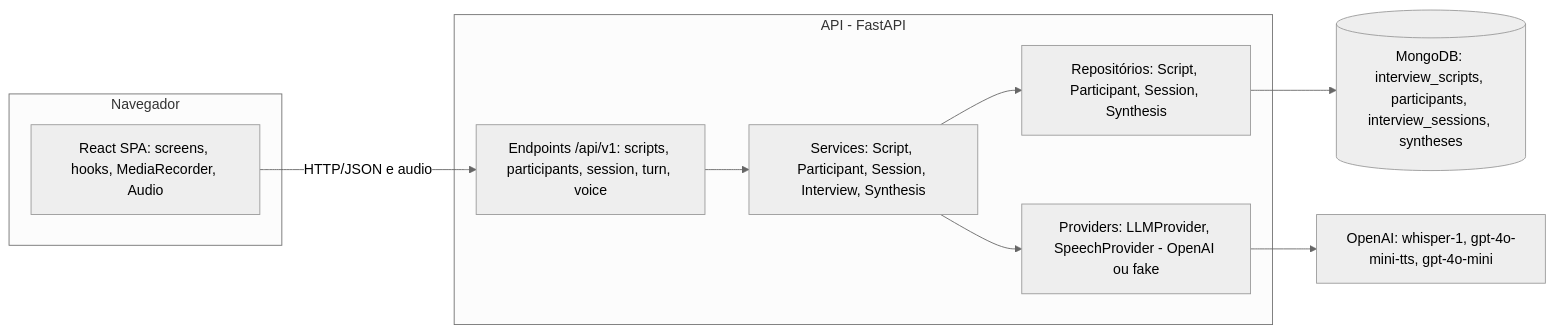
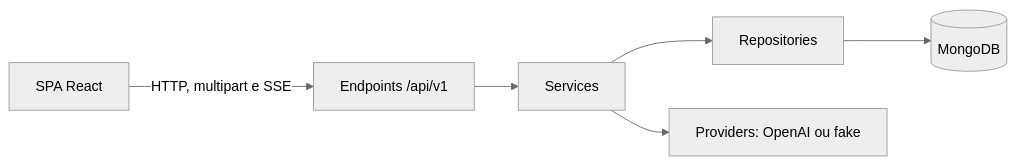
The diagram in README.md (joaopaulotr/AEP-ESOFT6SA), drawn with Mermaid (neutral theme) before and after one commit. The commit also changed other lines of this file and 5 other files, not shown here.

````diff
--- a/README.md
+++ b/README.md
@@ -73,21 +81,8 @@
 ```mermaid
 flowchart LR
-    subgraph Navegador
-        UI[React SPA: screens, hooks, MediaRecorder, Audio]
-    end
-    subgraph API_FastAPI[API - FastAPI]
-        EP[Endpoints /api/v1: scripts, participants, session, turn, voice]
-        SV[Services: Script, Participant, Session, Interview, Synthesis]
-        PV[Providers: LLMProvider, SpeechProvider - OpenAI ou fake]
-        RP[Repositórios: Script, Participant, Session, Synthesis]
-    end
-    DB[(MongoDB: interview_scripts, participants, interview_sessions, syntheses)]
-    AI[OpenAI: whisper-1, gpt-4o-mini-tts, gpt-4o-mini]
-
-    UI -- HTTP/JSON e audio --> EP
-    EP --> SV
-    SV --> RP
-    RP --> DB
-    SV --> PV
-    PV --> AI
+    UI["SPA React"] -- "HTTP, multipart e SSE" --> EP["Endpoints /api/v1"]
+    EP --> SV["Services"]
+    SV --> RP["Repositories"]
+    RP --> DB[("MongoDB")]
+    SV --> PV["Providers: OpenAI ou fake"]
 ```
````
